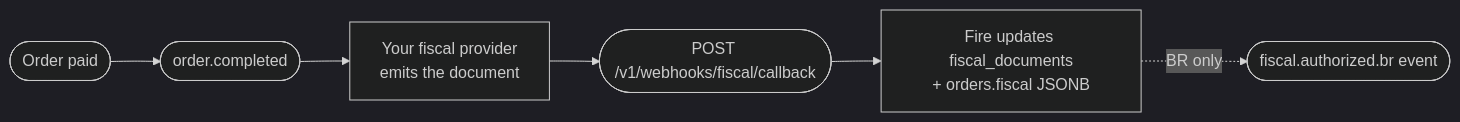
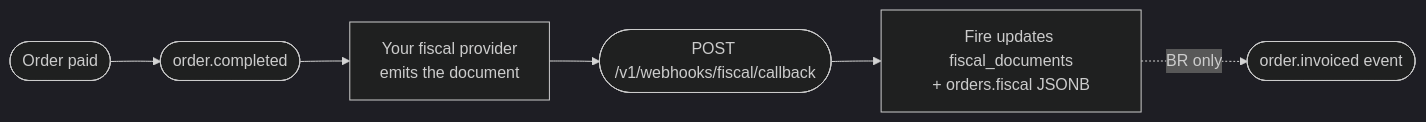
The diagram in en/api-reference/fiscal-callback.mdx (fire-rest/documentation), drawn with Mermaid (dark theme) before and after one commit. The commit also changed other lines of this file and 53 other files, not shown here.

````diff
--- a/en/api-reference/fiscal-callback.mdx
+++ b/en/api-reference/fiscal-callback.mdx
@@ -18,8 +18,8 @@
 ```mermaid
 flowchart LR
     A([Order paid]) --> B([order.completed])
     B --> C[Your fiscal provider<br/>emits the document]
     C --> D([POST /v1/webhooks/fiscal/callback])
     D --> E[Fire updates fiscal_documents<br/>+ orders.fiscal JSONB]
-    E -. BR only .-> F([fiscal.authorized.br event])
+    E -. BR only .-> F([order.invoiced event])
 ```
````
